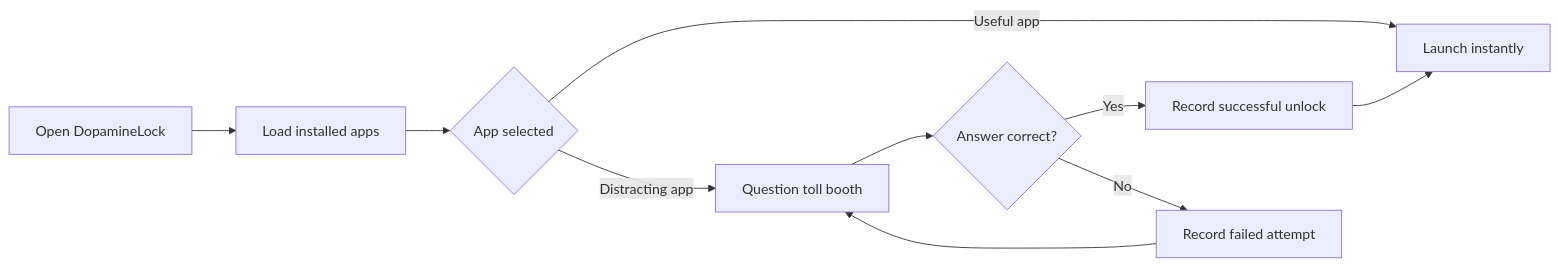
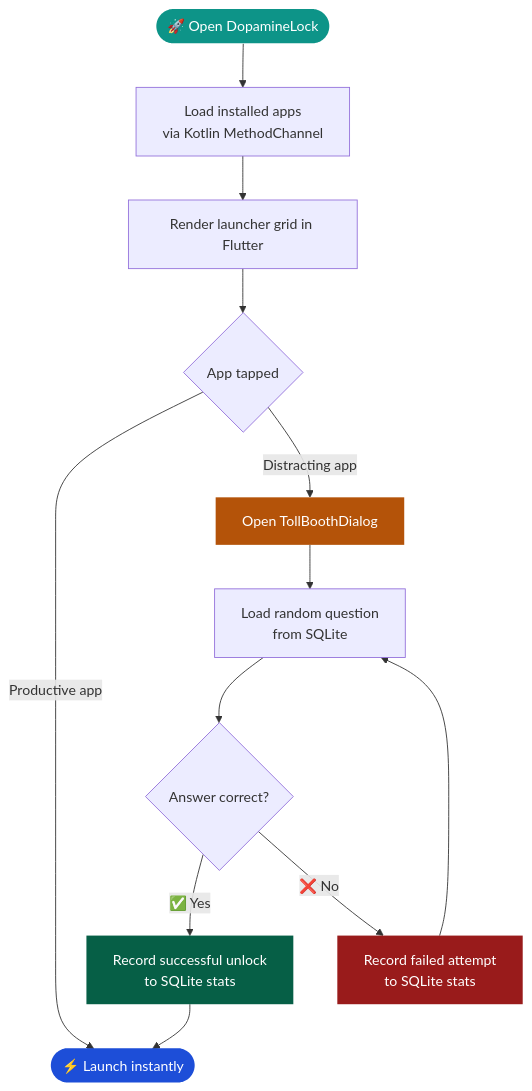
Before and after one commit to Sriramsahoo2004/Dopamine-Lock-Launcher: the diagram in README.md, drawn with Mermaid. The commit also changed other lines of this file, not shown here.

````diff
--- a/README.md
+++ b/README.md
@@ -28,12 +244,24 @@
 ```mermaid
-flowchart LR
-    A[Open DopamineLock] --> B[Load installed apps]
-    B --> C{App selected}
-    C -->|Useful app| D[Launch instantly]
-    C -->|Distracting app| E[Question toll booth]
-    E --> F{Answer correct?}
-    F -->|Yes| G[Record successful unlock]
-    G --> D
-    F -->|No| H[Record failed attempt]
-    H --> E
+flowchart TD
+    A([🚀 Open DopamineLock]) --> B[Load installed apps\nvia Kotlin MethodChannel]
+    B --> C[Render launcher grid in Flutter]
+    C --> D{App tapped}
+
+    D -->|Productive app| E([⚡ Launch instantly])
+    D -->|Distracting app| F[Open TollBoothDialog]
+
+    F --> G[Load random question\nfrom SQLite]
+    G --> H{Answer correct?}
+
+    H -->|✅ Yes| I[Record successful unlock\nto SQLite stats]
+    I --> E
+
+    H -->|❌ No| J[Record failed attempt\nto SQLite stats]
+    J --> G
+
+    style A fill:#0d9488,color:#fff,stroke:none
+    style E fill:#1d4ed8,color:#fff,stroke:none
+    style F fill:#b45309,color:#fff,stroke:none
+    style I fill:#065f46,color:#fff,stroke:none
+    style J fill:#991b1b,color:#fff,stroke:none
 ```
````
